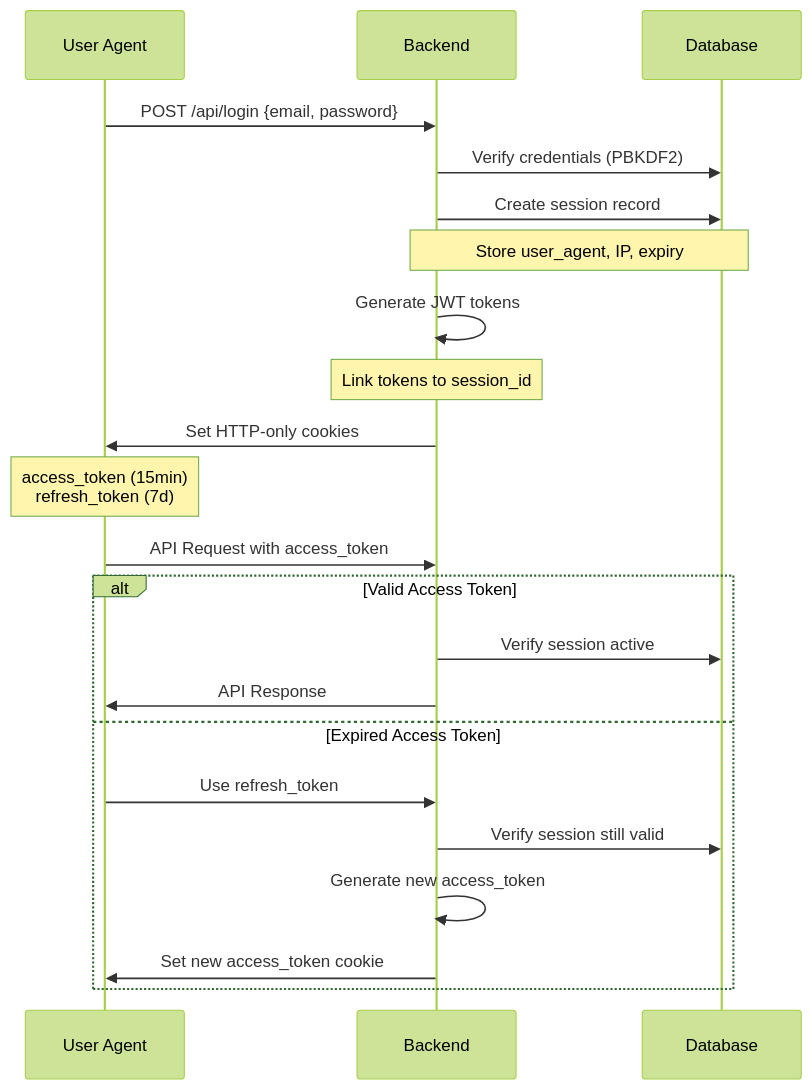
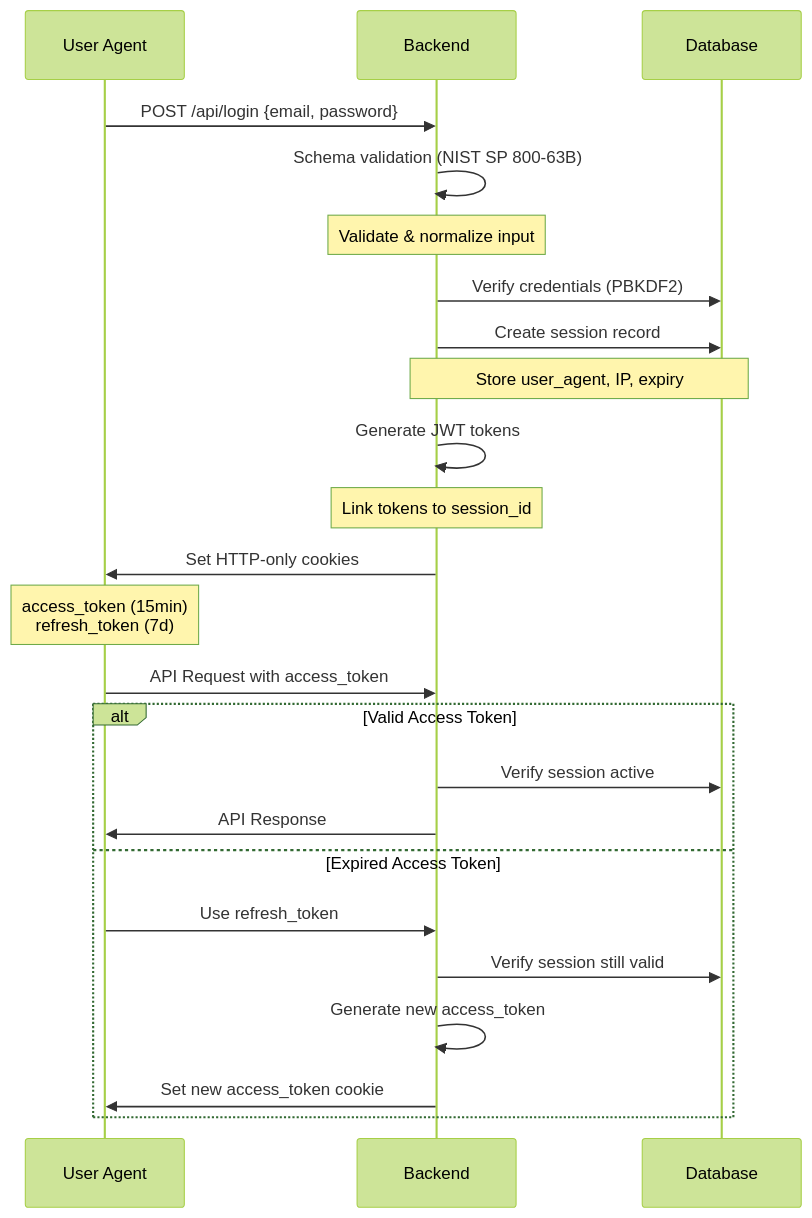
Before and after one commit to vhscom/private-landing: the first of 2 diagrams in docs/adr/001-auth-implementation.md, drawn with Mermaid (forest theme). The commit also changed other lines of this file and 5 other files, not shown here.

````diff
--- a/docs/adr/001-auth-implementation.md
+++ b/docs/adr/001-auth-implementation.md
@@ -78,30 +78,33 @@
 ```mermaid
 sequenceDiagram
   participant U as User Agent
   participant B as Backend
   participant DB as Database
 
   U->>B: POST /api/login {email, password}
+  B->>B: Schema validation (NIST SP 800-63B)
+  Note over B: Validate & normalize input
+
   B->>DB: Verify credentials (PBKDF2)
 
   B->>DB: Create session record
   Note over B,DB: Store user_agent, IP, expiry
 
   B->>B: Generate JWT tokens
   Note over B: Link tokens to session_id
 
   B->>U: Set HTTP-only cookies
   Note over U: access_token (15min)<br/>refresh_token (7d)
 
   U->>B: API Request with access_token
 
   alt Valid Access Token
     B->>DB: Verify session active
     B->>U: API Response
   else Expired Access Token
     U->>B: Use refresh_token
     B->>DB: Verify session still valid
     B->>B: Generate new access_token
     B->>U: Set new access_token cookie
   end
 ```
````
